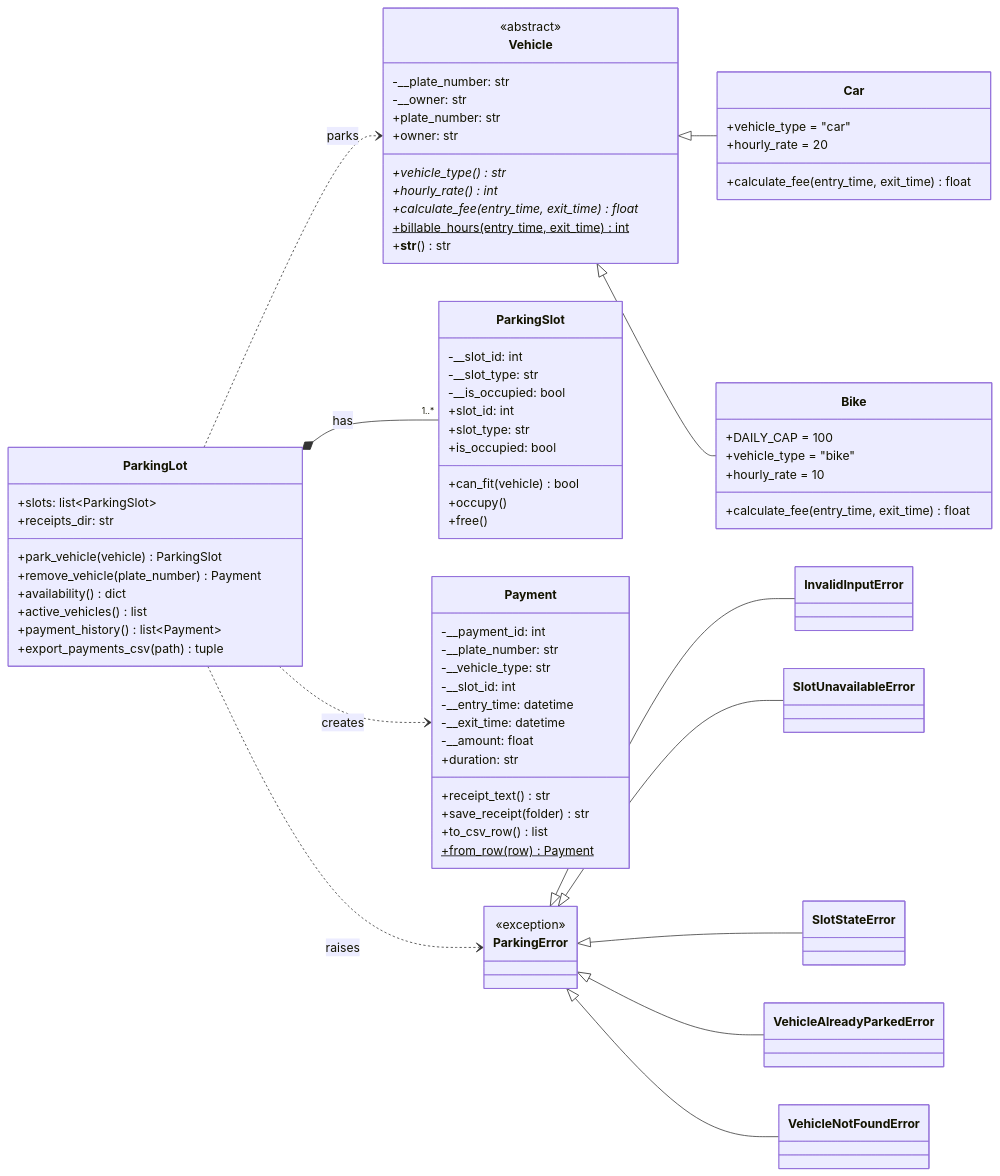
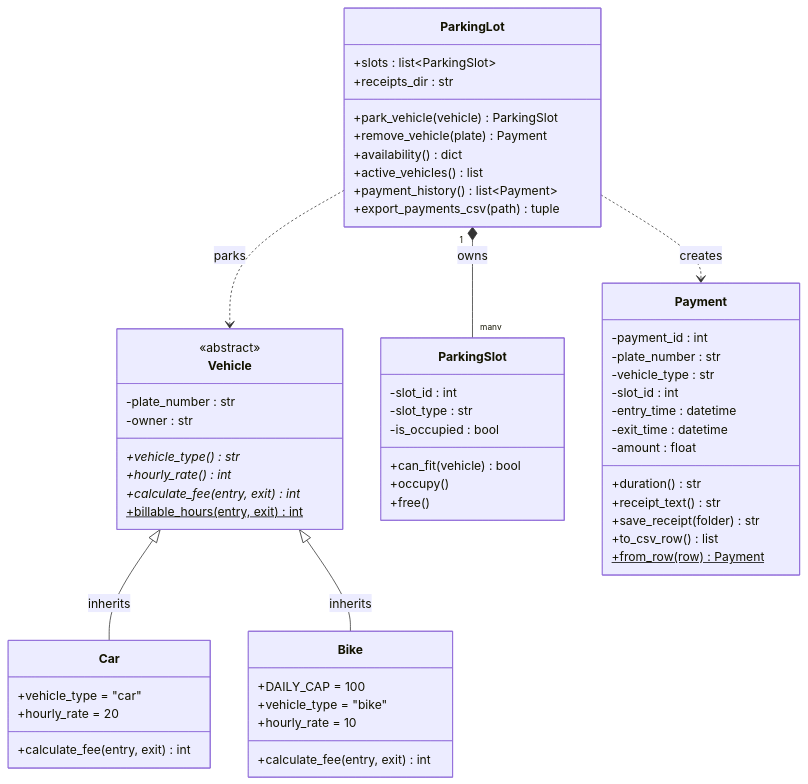
Before and after one commit to falcon370/smart-parking-lot: the first of 3 diagrams in README.md, drawn with Mermaid. The commit also changed other lines of this file and 11 other files, not shown here.

Commit message:
Split UML into compact class and exception diagrams with legend

````diff
--- a/README.md
+++ b/README.md
@@ -88,78 +94,63 @@
 ```mermaid
 classDiagram
-    direction LR
+    direction TB
 
     class Vehicle {
         <<abstract>>
-        -__plate_number: str
-        -__owner: str
-        +plate_number: str
-        +owner: str
+        -plate_number : str
+        -owner : str
         +vehicle_type()* str
         +hourly_rate()* int
-        +calculate_fee(entry_time, exit_time)* float
-        +billable_hours(entry_time, exit_time)$ int
-        +__str__() str
+        +calculate_fee(entry, exit)* int
+        +billable_hours(entry, exit)$ int
     }
     class Car {
         +vehicle_type = "car"
         +hourly_rate = 20
-        +calculate_fee(entry_time, exit_time) float
+        +calculate_fee(entry, exit) int
     }
     class Bike {
         +DAILY_CAP = 100
         +vehicle_type = "bike"
         +hourly_rate = 10
-        +calculate_fee(entry_time, exit_time) float
-    }
-    class ParkingSlot {
-        -__slot_id: int
-        -__slot_type: str
-        -__is_occupied: bool
-        +slot_id: int
-        +slot_type: str
-        +is_occupied: bool
-        +can_fit(vehicle) bool
-        +occupy()
-        +free()
+        +calculate_fee(entry, exit) int
     }
     class ParkingLot {
-        +slots: list~ParkingSlot~
-        +receipts_dir: str
+        +slots : list~ParkingSlot~
+        +receipts_dir : str
         +park_vehicle(vehicle) ParkingSlot
-        +remove_vehicle(plate_number) Payment
+        +remove_vehicle(plate) Payment
         +availability() dict
         +active_vehicles() list
         +payment_history() list~Payment~
         +export_payments_csv(path) tuple
     }
+    class ParkingSlot {
+        -slot_id : int
+        -slot_type : str
+        -is_occupied : bool
+        +can_fit(vehicle) bool
+        +occupy()
+        +free()
+    }
     class Payment {
-        -__payment_id: int
-        -__plate_number: str
-        -__vehicle_type: str
-        -__slot_id: int
-        -__entry_time: datetime
-        -__exit_time: datetime
-        -__amount: float
-        +duration: str
+        -payment_id : int
+        -plate_number : str
+        -vehicle_type : str
+        -slot_id : int
+        -entry_time : datetime
+        -exit_time : datetime
+        -amount : float
+        +duration() str
         +receipt_text() str
         +save_receipt(folder) str
         +to_csv_row() list
         +from_row(row)$ Payment
     }
-    class ParkingError {
-        <<exception>>
-    }
 
-    Vehicle <|-- Car
-    Vehicle <|-- Bike
-    ParkingLot *-- "1..*" ParkingSlot : has
+    Vehicle <|-- Car : inherits
+    Vehicle <|-- Bike : inherits
+    ParkingLot "1" *-- "many" ParkingSlot : owns
     ParkingLot ..> Vehicle : parks
     ParkingLot ..> Payment : creates
-    ParkingLot ..> ParkingError : raises
-    ParkingError <|-- InvalidInputError
-    ParkingError <|-- SlotUnavailableError
-    ParkingError <|-- SlotStateError
-    ParkingError <|-- VehicleAlreadyParkedError
-    ParkingError <|-- VehicleNotFoundError
 ```
````
